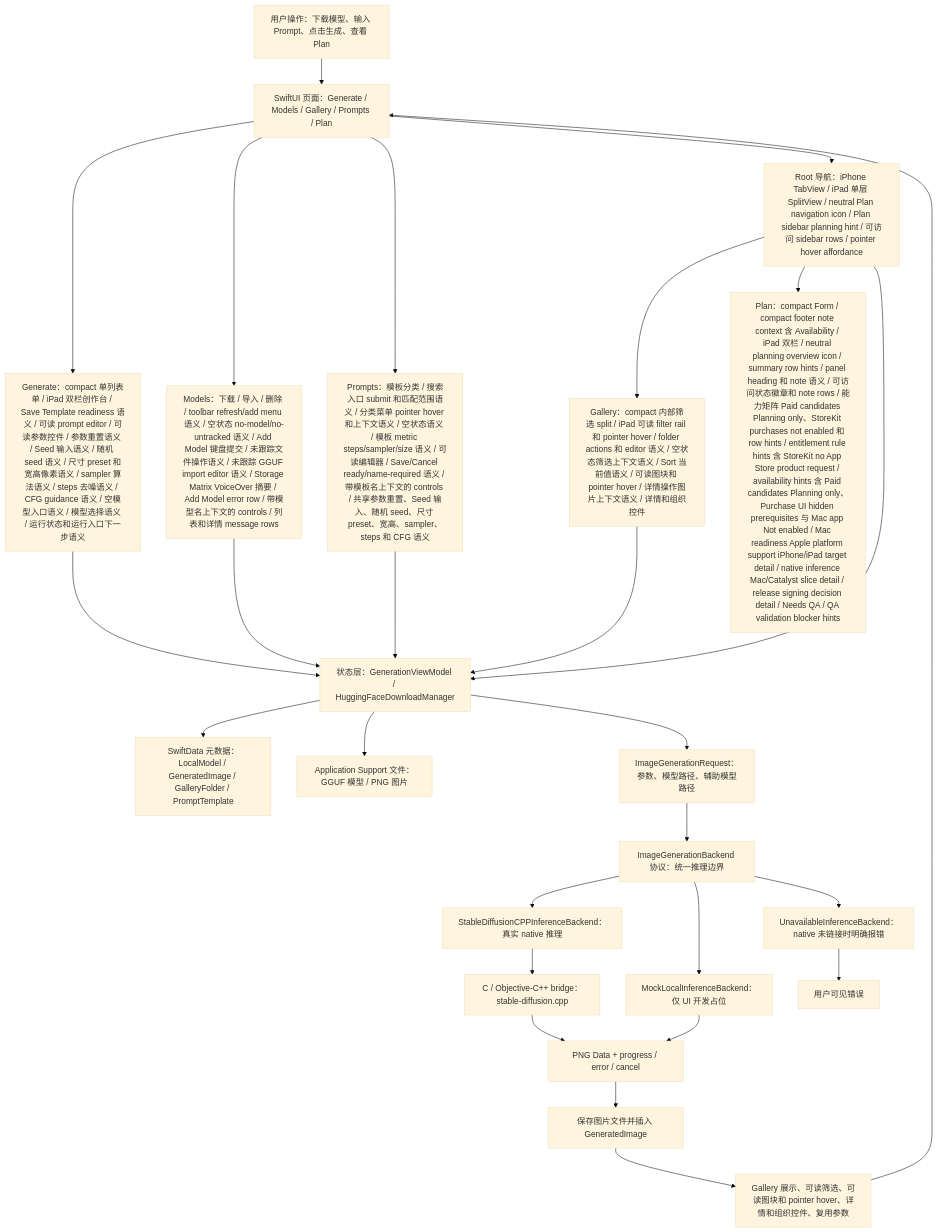
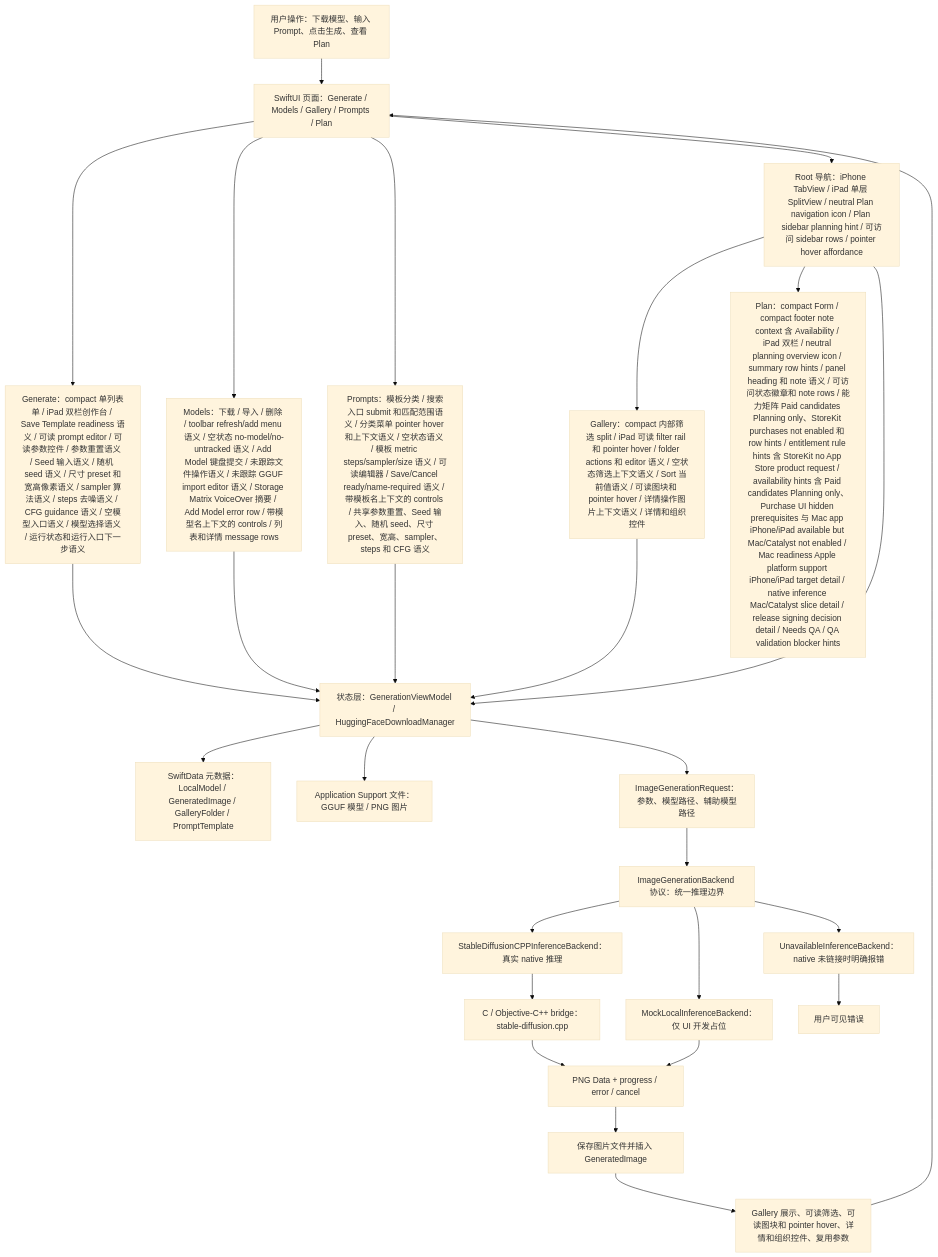
Before and after one commit to Altman-sam114/118: the first of 7 diagrams in md/flow/flowchart.md, drawn with Mermaid (base theme). The commit also changed 5 other files, not shown here.

First line of the commit message:
v1.83: Plan Mac app availability copy

````diff
--- a/md/flow/flowchart.md
+++ b/md/flow/flowchart.md
@@ -9,29 +9,29 @@
 ```mermaid
 flowchart TD
   U["用户操作：下载模型、输入 Prompt、点击生成、查看 Plan"] --> UI["SwiftUI 页面：Generate / Models / Gallery / Prompts / Plan"]
   UI --> GENUI["Generate：compact 单列表单 / iPad 双栏创作台 / Save Template readiness 语义 / 可读 prompt editor / 可读参数控件 / 参数重置语义 / Seed 输入语义 / 随机 seed 语义 / 尺寸 preset 和宽高像素语义 / sampler 算法语义 / steps 去噪语义 / CFG guidance 语义 / 空模型入口语义 / 模型选择语义 / 运行状态和运行入口下一步语义"]
   UI --> MODELUI["Models：下载 / 导入 / 删除 / toolbar refresh/add menu 语义 / 空状态 no-model/no-untracked 语义 / Add Model 键盘提交 / 未跟踪文件操作语义 / 未跟踪 GGUF import editor 语义 / Storage Matrix VoiceOver 摘要 / Add Model error row / 带模型名上下文的 controls / 列表和详情 message rows"]
   UI --> PROMPTUI["Prompts：模板分类 / 搜索入口 submit 和匹配范围语义 / 分类菜单 pointer hover 和上下文语义 / 空状态语义 / 模板 metric steps/sampler/size 语义 / 可读编辑器 / Save/Cancel ready/name-required 语义 / 带模板名上下文的 controls / 共享参数重置、Seed 输入、随机 seed、尺寸 preset、宽高、sampler、steps 和 CFG 语义"]
   UI --> NAV["Root 导航：iPhone TabView / iPad 单层 SplitView / neutral Plan navigation icon / Plan sidebar planning hint / 可访问 sidebar rows / pointer hover affordance"]
   NAV --> GALUI["Gallery：compact 内部筛选 split / iPad 可读 filter rail 和 pointer hover / folder actions 和 editor 语义 / 空状态筛选上下文语义 / Sort 当前值语义 / 可读图块和 pointer hover / 详情操作图片上下文语义 / 详情和组织控件"]
-  NAV --> PLANUI["Plan：compact Form / compact footer note context 含 Availability / iPad 双栏 / neutral planning overview icon / summary row hints / panel heading 和 note 语义 / 可访问状态徽章和 note rows / 能力矩阵 Paid candidates Planning only、StoreKit purchases not enabled 和 row hints / entitlement rule hints 含 StoreKit no App Store product request / availability hints 含 Paid candidates Planning only、Purchase UI hidden prerequisites 与 Mac app Not enabled / Mac readiness Apple platform support iPhone/iPad target detail / native inference Mac/Catalyst slice detail / release signing decision detail / Needs QA / QA validation blocker hints"]
+  NAV --> PLANUI["Plan：compact Form / compact footer note context 含 Availability / iPad 双栏 / neutral planning overview icon / summary row hints / panel heading 和 note 语义 / 可访问状态徽章和 note rows / 能力矩阵 Paid candidates Planning only、StoreKit purchases not enabled 和 row hints / entitlement rule hints 含 StoreKit no App Store product request / availability hints 含 Paid candidates Planning only、Purchase UI hidden prerequisites 与 Mac app iPhone/iPad available but Mac/Catalyst not enabled / Mac readiness Apple platform support iPhone/iPad target detail / native inference Mac/Catalyst slice detail / release signing decision detail / Needs QA / QA validation blocker hints"]
   NAV --> VM["状态层：GenerationViewModel / HuggingFaceDownloadManager"]
   GENUI --> VM
   MODELUI --> VM
   PROMPTUI --> VM
   GALUI --> VM
   VM --> SD["SwiftData 元数据：LocalModel / GeneratedImage / GalleryFolder / PromptTemplate"]
   VM --> FS["Application Support 文件：GGUF 模型 / PNG 图片"]
   VM --> REQ["ImageGenerationRequest：参数、模型路径、辅助模型路径"]
   REQ --> IFACE["ImageGenerationBackend 协议：统一推理边界"]
   IFACE --> NATIVE["StableDiffusionCPPInferenceBackend：真实 native 推理"]
   IFACE --> MOCK["MockLocalInferenceBackend：仅 UI 开发占位"]
   IFACE --> OFF["UnavailableInferenceBackend：native 未链接时明确报错"]
   NATIVE --> BRIDGE["C / Objective-C++ bridge：stable-diffusion.cpp"]
   BRIDGE --> PNG["PNG Data + progress / error / cancel"]
   MOCK --> PNG
   OFF --> ERR["用户可见错误"]
   PNG --> SAVE["保存图片文件并插入 GeneratedImage"]
   SAVE --> GALLERY["Gallery 展示、可读筛选、可读图块和 pointer hover、详情和组织控件、复用参数"]
   GALLERY --> UI
 ```
````
